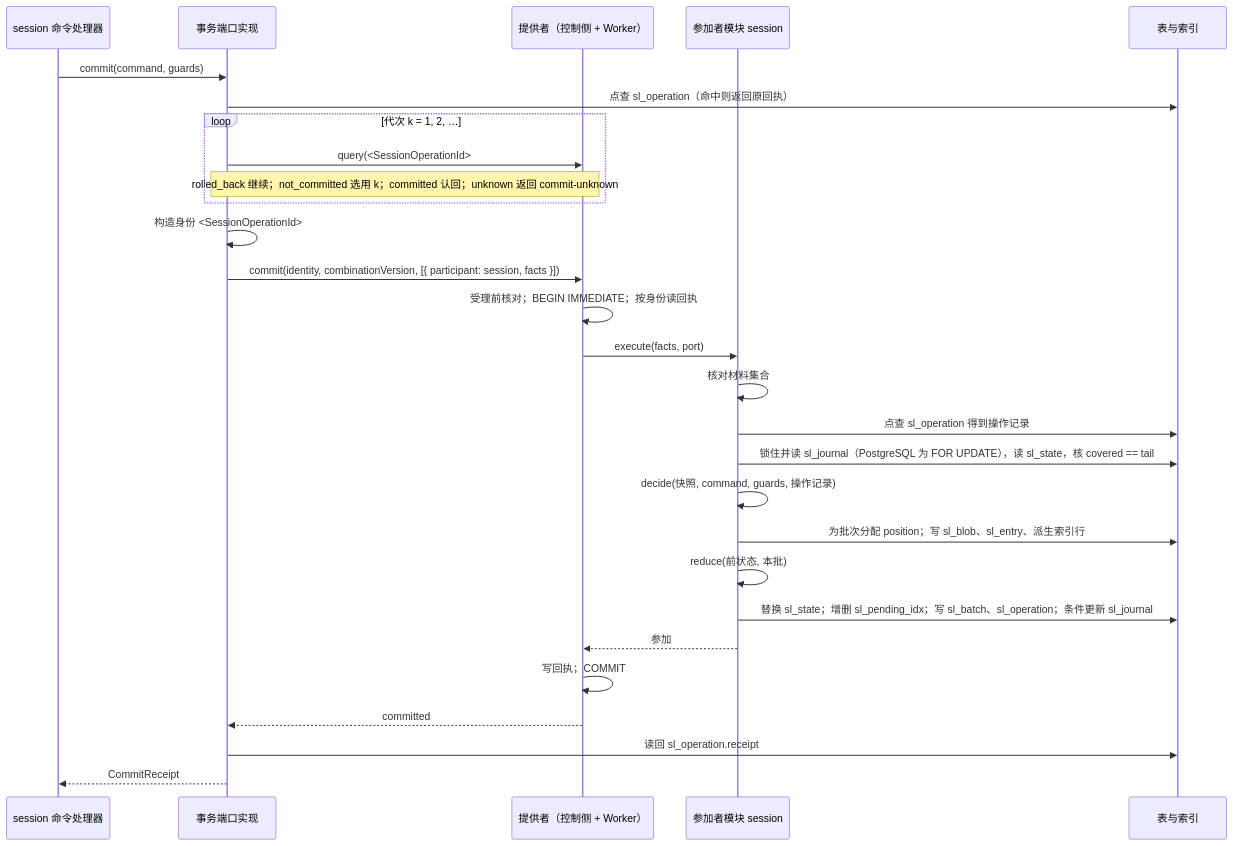
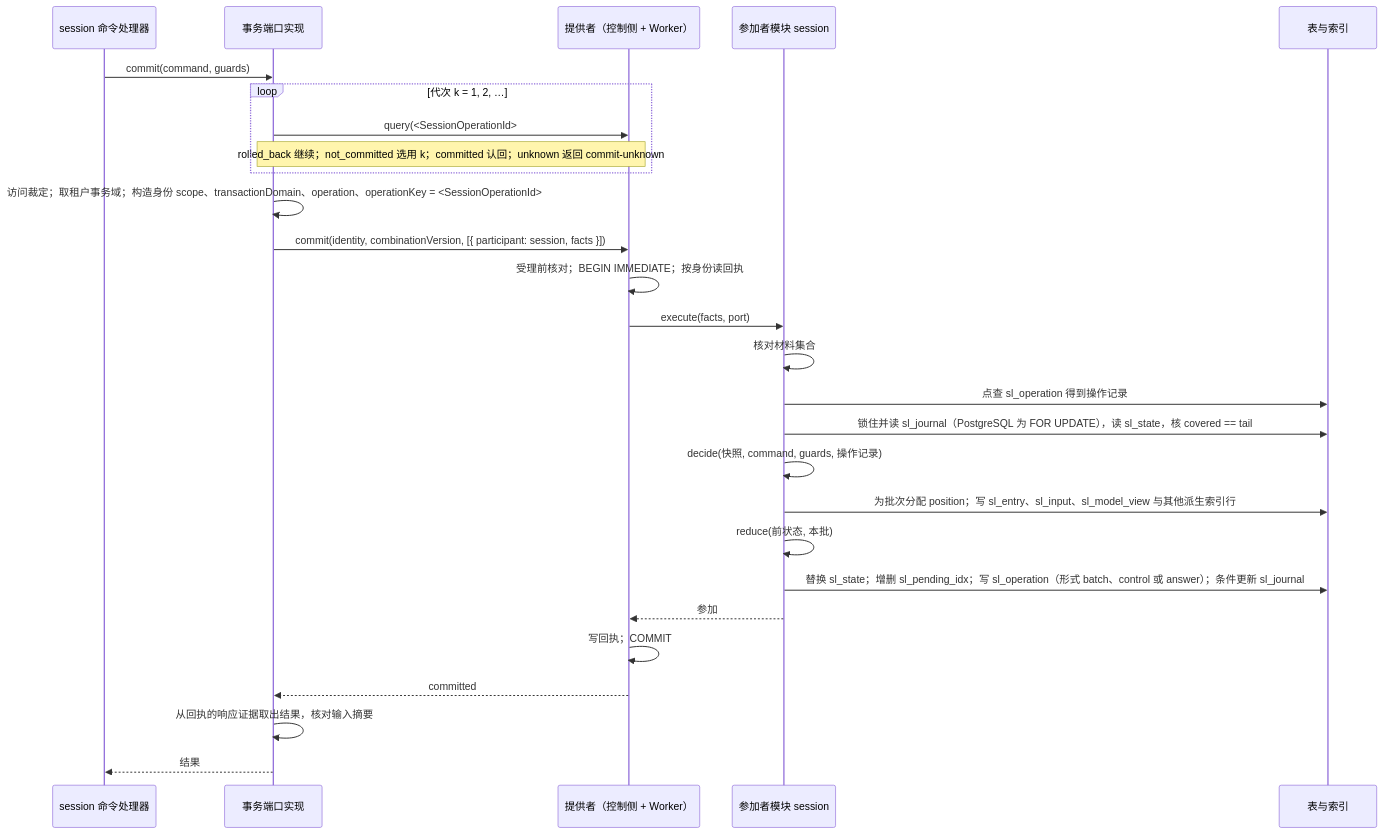
One commit to nemori-ai/omne-harness-lite changed the first of 5 diagrams in packages/session/session-storage-sql/docs/flows.md. Above: the diagram before and after it, drawn with Mermaid. The commit also changed other lines of this file and 28 other files, not shown here.

````diff
--- a/packages/session/session-storage-sql/docs/flows.md
+++ b/packages/session/session-storage-sql/docs/flows.md
@@ -11,30 +13,29 @@
 ```mermaid
 sequenceDiagram
     participant S as session 命令处理器
     participant T as 事务端口实现
     participant P as 提供者（控制侧 + Worker）
     participant M as 参加者模块 session
     participant D as 表与索引
     S->>T: commit(command, guards)
-    T->>D: 点查 sl_operation（命中则返回原回执）
     loop 代次 k = 1, 2, …
         T->>P: query(<SessionOperationId>#k)
         Note over T,P: rolled_back 继续；not_committed 选用 k；committed 认回；unknown 返回 commit-unknown
     end
-    T->>T: 构造身份 <SessionOperationId>#k；规范化 { command, guards } 为 JSON
+    T->>T: 访问裁定；取租户事务域；构造身份 scope、transactionDomain、operation、operationKey = <SessionOperationId>#k、protocolVersion 2；规范化 { command, guards } 为 JSON
     T->>P: commit(identity, combinationVersion, [{ participant: session, facts }])
     P->>P: 受理前核对；BEGIN IMMEDIATE；按身份读回执
     P->>M: execute(facts, port)
     M->>M: 核对材料集合
     M->>D: 点查 sl_operation 得到操作记录
     M->>D: 锁住并读 sl_journal（PostgreSQL 为 FOR UPDATE），读 sl_state，核 covered == tail
     M->>M: decide(快照, command, guards, 操作记录)
-    M->>D: 为批次分配 position；写 sl_blob、sl_entry、派生索引行
+    M->>D: 为批次分配 position；写 sl_entry、sl_input、sl_model_view 与其他派生索引行
     M->>M: reduce(前状态, 本批)
-    M->>D: 替换 sl_state；增删 sl_pending_idx；写 sl_batch、sl_operation；条件更新 sl_journal
+    M->>D: 替换 sl_state；增删 sl_pending_idx；写 sl_operation（形式 batch、control 或 answer）；条件更新 sl_journal
     M-->>P: 参加
     P->>P: 写回执；COMMIT
     P-->>T: committed
-    T->>D: 读回 sl_operation.receipt
-    T-->>S: CommitReceipt
+    T->>T: 从回执的响应证据取出结果，核对输入摘要
+    T-->>S: 结果
 ```
````
